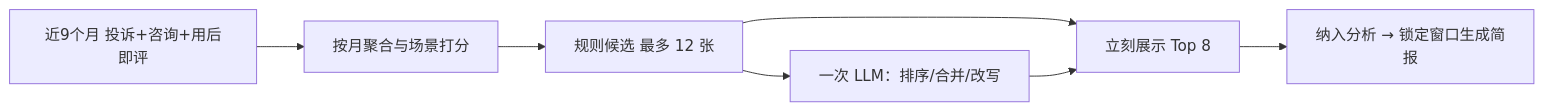
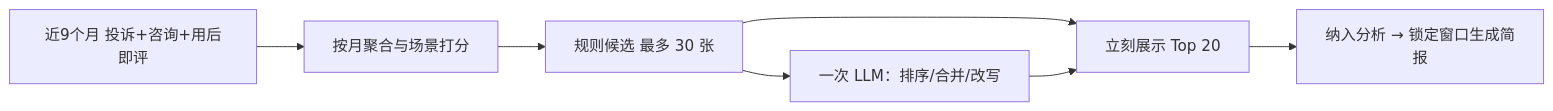
Before and after one commit to hling-zhou/feedback-yw: the diagram in docs/DESIGN-专题分析.md, drawn with Mermaid. The commit also changed other lines of this file and 14 other files, not shown here.

````diff
--- a/docs/DESIGN-专题分析.md
+++ b/docs/DESIGN-专题分析.md
@@ -196,9 +206,9 @@
 ```mermaid
 flowchart LR
   records["近9个月 投诉+咨询+用后即评"] --> signals["按月聚合与场景打分"]
-  signals --> candidates["规则候选 最多 12 张"]
-  candidates --> cards["立刻展示 Top 8"]
+  signals --> candidates["规则候选 最多 30 张"]
+  candidates --> cards["立刻展示 Top 20"]
   candidates --> llm["一次 LLM：排序/合并/改写"]
   llm --> cards
   cards --> adopt["纳入分析 → 锁定窗口生成简报"]
 ```
````
